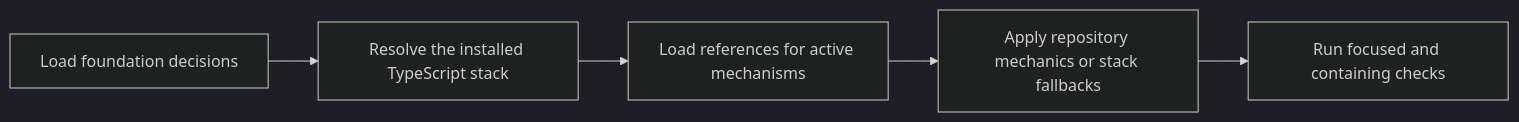
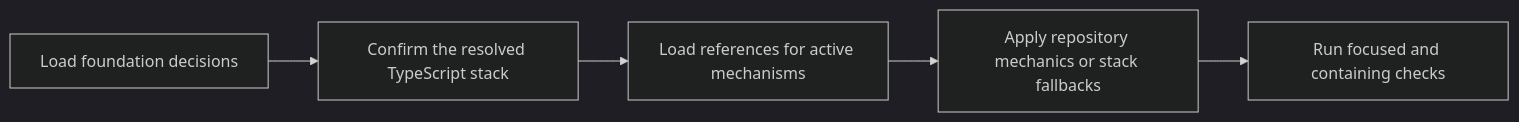
Before and after one commit to fam-tung-lam/ptlam-agent-plugin: the diagram in plugin/skills/ptlam-testing-typescript/SKILL.md, drawn with Mermaid (dark theme). The commit also changed other lines of this file and 40 other files, not shown here.

````diff
--- a/plugin/skills/ptlam-testing-typescript/SKILL.md
+++ b/plugin/skills/ptlam-testing-typescript/SKILL.md
@@ -12,7 +12,7 @@
 ```mermaid
 flowchart LR
-    A[Load foundation decisions] --> B[Resolve the installed TypeScript stack]
+    A[Load foundation decisions] --> B[Confirm the resolved TypeScript stack]
     B --> C[Load references for active mechanisms]
     C --> D[Apply repository mechanics or stack fallbacks]
     D --> E[Run focused and containing checks]
 ```
````
